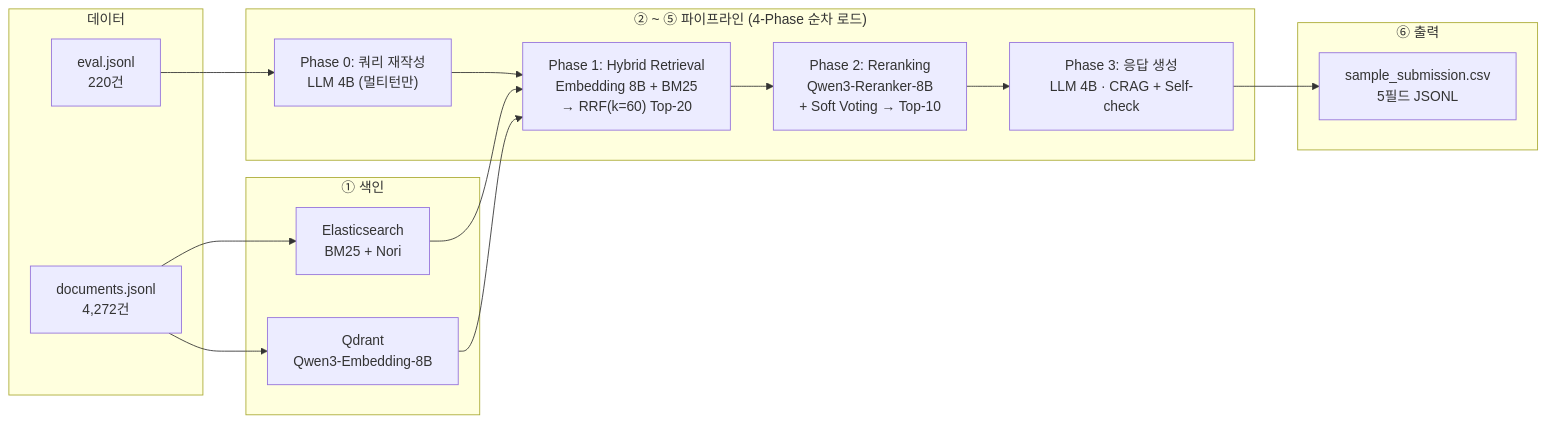
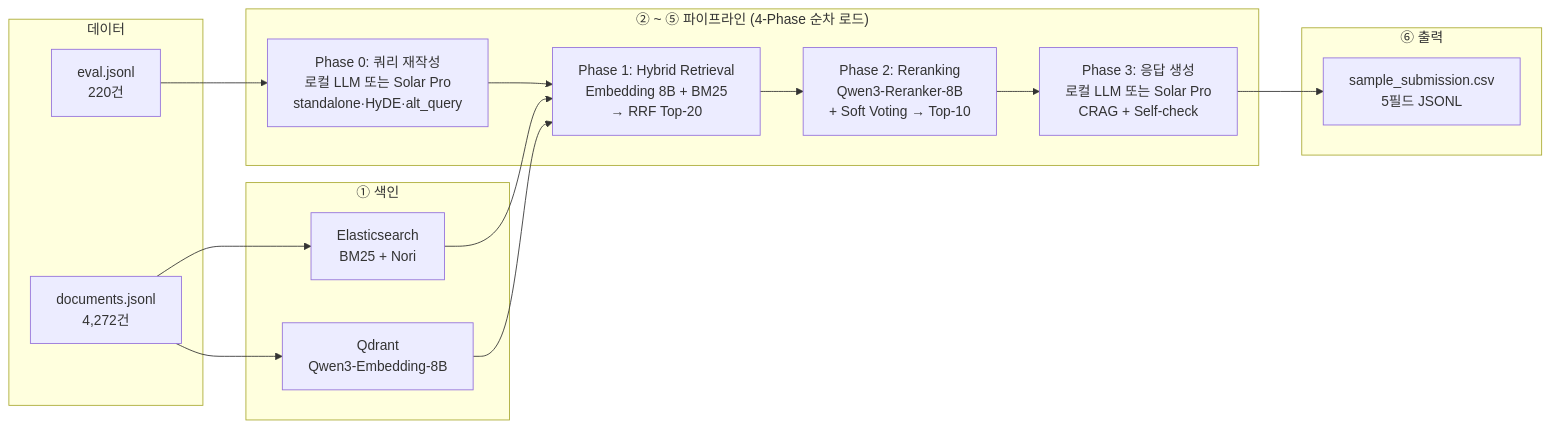
Before and after one commit to WanYoung-Oh/IR_PJT: the diagram in README.md, drawn with Mermaid. The commit also changed other lines of this file and 7 other files, not shown here.

Commit message:
feat: solar pro API를 통한 generation

````diff
--- a/README.md
+++ b/README.md
@@ -20,27 +20,27 @@
 ```mermaid
 flowchart LR
     subgraph data ["데이터"]
         D1["documents.jsonl<br>4,272건"]
         D2["eval.jsonl<br>220건"]
     end
 
     subgraph index ["① 색인"]
         ES["Elasticsearch<br>BM25 + Nori"]
         QD["Qdrant<br>Qwen3-Embedding-8B"]
     end
 
     subgraph pipeline ["② ~ ⑤ 파이프라인 (4-Phase 순차 로드)"]
-        QP["Phase 0: 쿼리 재작성<br>LLM 4B (멀티턴만)"]
-        RET["Phase 1: Hybrid Retrieval<br>Embedding 8B + BM25<br>→ RRF(k=60) Top-20"]
+        QP["Phase 0: 쿼리 재작성<br>로컬 LLM 또는 Solar Pro<br>standalone·HyDE·alt_query"]
+        RET["Phase 1: Hybrid Retrieval<br>Embedding 8B + BM25<br>→ RRF Top-20"]
         RNK["Phase 2: Reranking<br>Qwen3-Reranker-8B<br>+ Soft Voting → Top-10"]
-        GEN["Phase 3: 응답 생성<br>LLM 4B · CRAG + Self-check"]
+        GEN["Phase 3: 응답 생성<br>로컬 LLM 또는 Solar Pro<br>CRAG + Self-check"]
     end
 
     subgraph out ["⑥ 출력"]
         SUB["sample_submission.csv<br>5필드 JSONL"]
     end
 
     D1 --> ES & QD
     D2 --> QP --> RET
     ES & QD --> RET --> RNK --> GEN --> SUB
 ```
````
